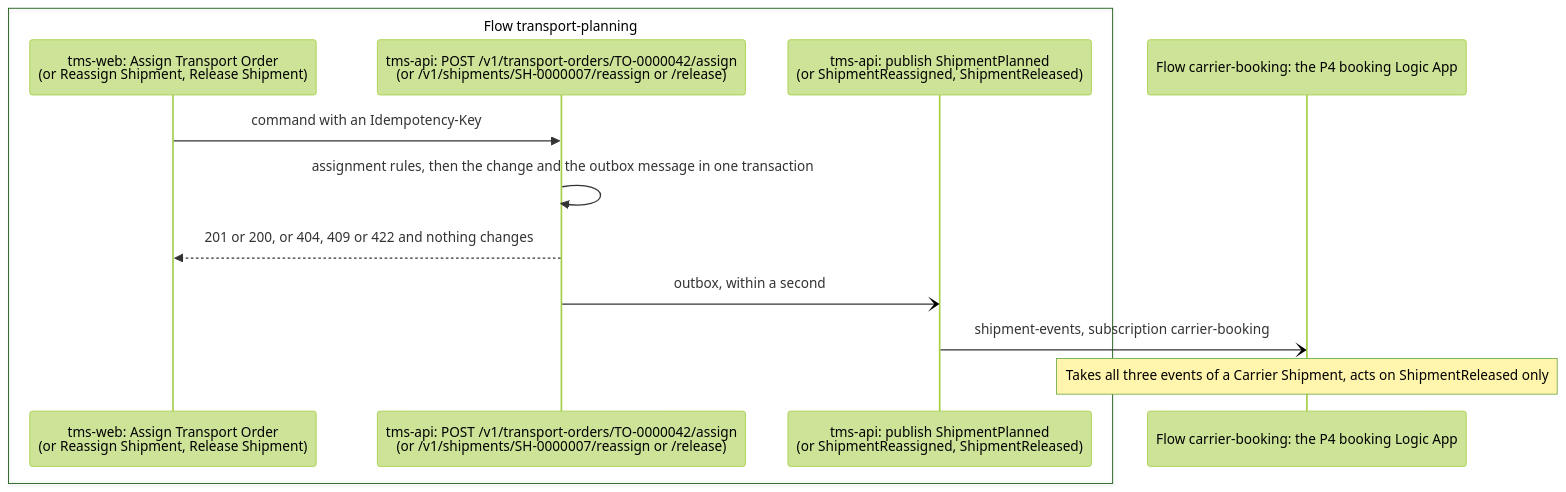
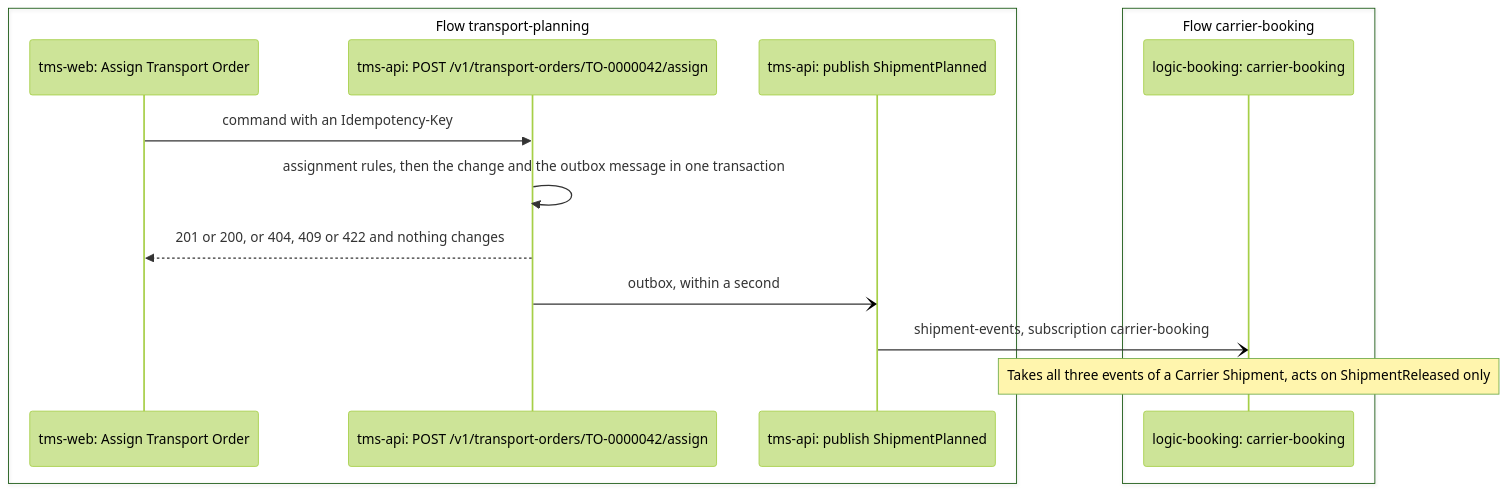
One commit to congruent-it/norvia-sandbox changed the diagram in docs/processes/tms/p3-transport-planning.md. Above: the diagram before and after it, drawn with Mermaid (forest theme). The commit also changed other lines of this file, not shown here.

````diff
--- a/docs/processes/tms/p3-transport-planning.md
+++ b/docs/processes/tms/p3-transport-planning.md
@@ -128,15 +128,17 @@
 ```mermaid
 sequenceDiagram
     box transparent Flow transport-planning
-        participant ui as tms-web: Assign Transport Order<br/>(or Reassign Shipment, Release Shipment)
-        participant call as tms-api: POST /v1/transport-orders/TO-0000042/assign<br/>(or /v1/shipments/SH-0000007/reassign or /release)
-        participant pub as tms-api: publish ShipmentPlanned<br/>(or ShipmentReassigned, ShipmentReleased)
+        participant ui as tms-web: Assign Transport Order
+        participant call as tms-api: POST /v1/transport-orders/TO-0000042/assign
+        participant pub as tms-api: publish ShipmentPlanned
     end
-    participant booking as Flow carrier-booking: the P4 booking Logic App
+    box transparent Flow carrier-booking
+        participant booking as logic-booking: carrier-booking
+    end
     ui->>call: command with an Idempotency-Key
     call->>call: assignment rules, then the change and the outbox message in one transaction
     call-->>ui: 201 or 200, or 404, 409 or 422 and nothing changes
     call-)pub: outbox, within a second
     pub-)booking: shipment-events, subscription carrier-booking
     Note over booking: Takes all three events of a Carrier Shipment, acts on ShipmentReleased only
 ```
````
